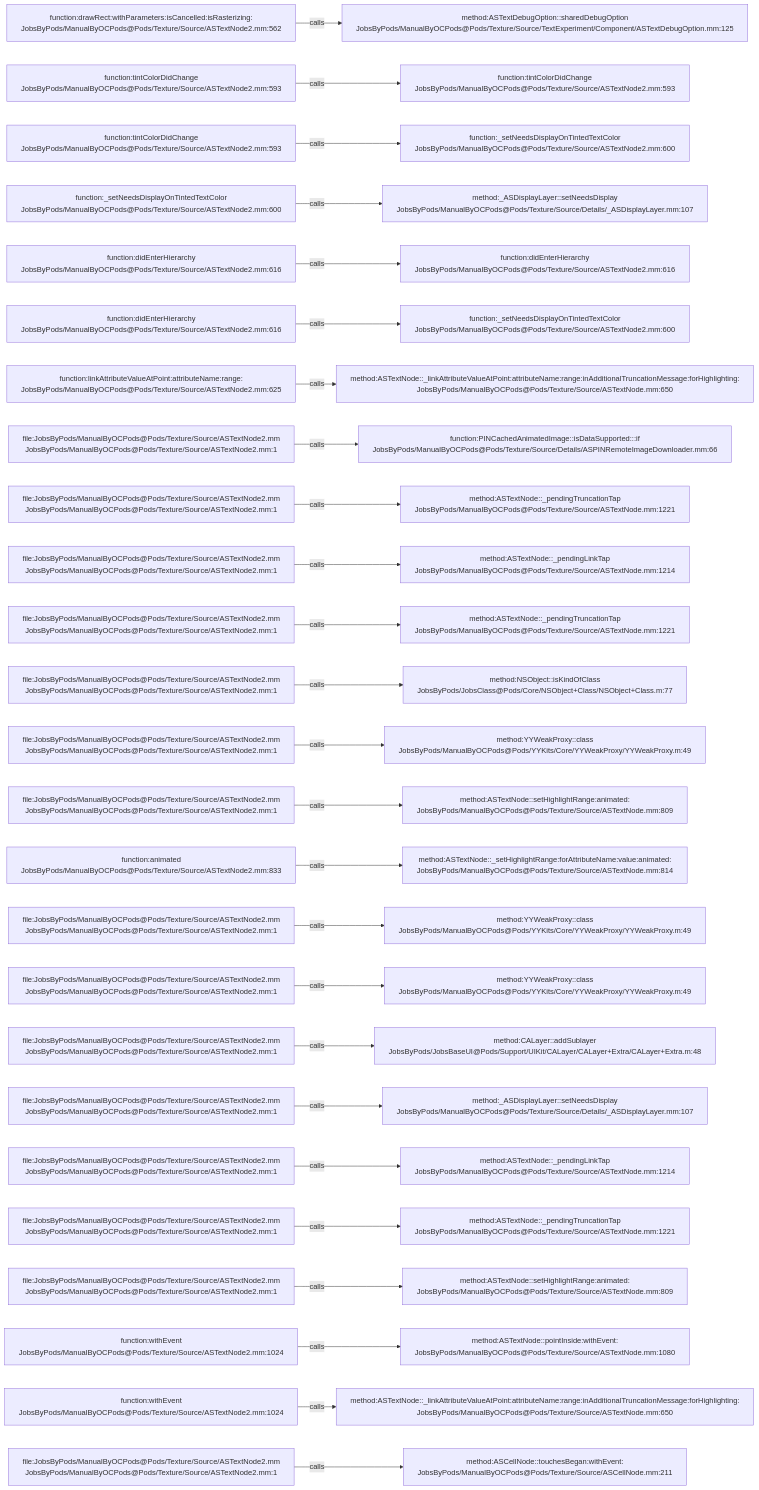
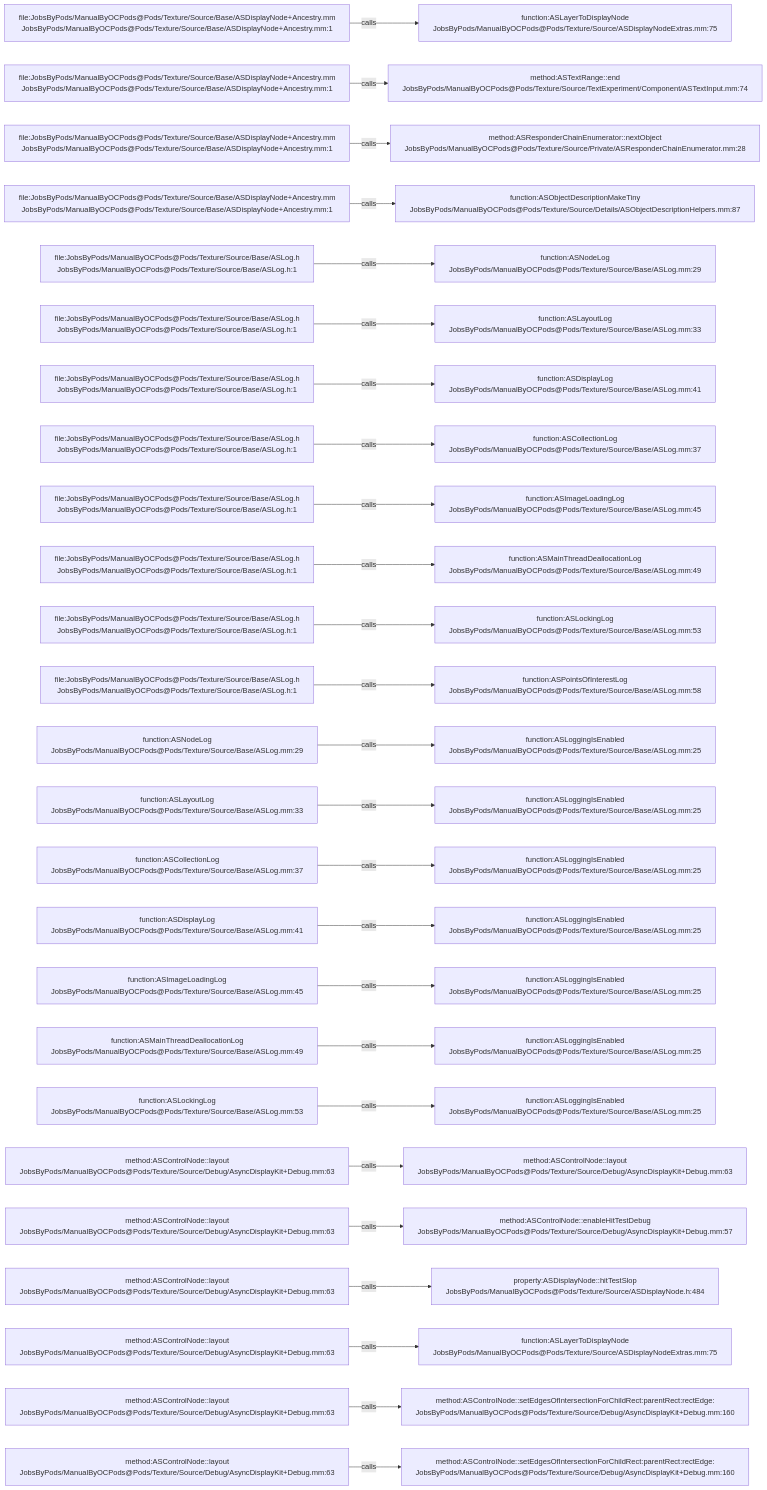
One commit to JobsKits/JobsOCBaseConfigDemo changed the diagram in .codegraph/codegraph.md/graphs/calls-132.md. Above: the diagram before and after it, drawn with Mermaid. The commit also changed 2723 other files, not shown here.

````diff
--- a/.codegraph/codegraph.md/graphs/calls-132.md
+++ b/.codegraph/codegraph.md/graphs/calls-132.md
@@ -13,78 +13,78 @@
 ```mermaid
 flowchart LR
-  S1["function:drawRect:withParameters:isCancelled:isRasterizing:<br/>JobsByPods/ManualByOCPods@Pods/Texture/Source/ASTextNode2.mm:562"]
-  T1["method:ASTextDebugOption::sharedDebugOption<br/>JobsByPods/ManualByOCPods@Pods/Texture/Source/TextExperiment/Component/ASTextDebugOption.mm:125"]
+  S1["file:JobsByPods/ManualByOCPods@Pods/Texture/Source/Base/ASDisplayNode+Ancestry.mm<br/>JobsByPods/ManualByOCPods@Pods/Texture/Source/Base/ASDisplayNode+Ancestry.mm:1"]
+  T1["function:ASLayerToDisplayNode<br/>JobsByPods/ManualByOCPods@Pods/Texture/Source/ASDisplayNodeExtras.mm:75"]
   S1 -->|calls| T1
-  S2["function:tintColorDidChange<br/>JobsByPods/ManualByOCPods@Pods/Texture/Source/ASTextNode2.mm:593"]
-  T2["function:tintColorDidChange<br/>JobsByPods/ManualByOCPods@Pods/Texture/Source/ASTextNode2.mm:593"]
+  S2["file:JobsByPods/ManualByOCPods@Pods/Texture/Source/Base/ASDisplayNode+Ancestry.mm<br/>JobsByPods/ManualByOCPods@Pods/Texture/Source/Base/ASDisplayNode+Ancestry.mm:1"]
+  T2["method:ASTextRange::end<br/>JobsByPods/ManualByOCPods@Pods/Texture/Source/TextExperiment/Component/ASTextInput.mm:74"]
   S2 -->|calls| T2
-  S3["function:tintColorDidChange<br/>JobsByPods/ManualByOCPods@Pods/Texture/Source/ASTextNode2.mm:593"]
-  T3["function:_setNeedsDisplayOnTintedTextColor<br/>JobsByPods/ManualByOCPods@Pods/Texture/Source/ASTextNode2.mm:600"]
+  S3["file:JobsByPods/ManualByOCPods@Pods/Texture/Source/Base/ASDisplayNode+Ancestry.mm<br/>JobsByPods/ManualByOCPods@Pods/Texture/Source/Base/ASDisplayNode+Ancestry.mm:1"]
+  T3["method:ASResponderChainEnumerator::nextObject<br/>JobsByPods/ManualByOCPods@Pods/Texture/Source/Private/ASResponderChainEnumerator.mm:28"]
   S3 -->|calls| T3
-  S4["function:_setNeedsDisplayOnTintedTextColor<br/>JobsByPods/ManualByOCPods@Pods/Texture/Source/ASTextNode2.mm:600"]
-  T4["method:_ASDisplayLayer::setNeedsDisplay<br/>JobsByPods/ManualByOCPods@Pods/Texture/Source/Details/_ASDisplayLayer.mm:107"]
+  S4["file:JobsByPods/ManualByOCPods@Pods/Texture/Source/Base/ASDisplayNode+Ancestry.mm<br/>JobsByPods/ManualByOCPods@Pods/Texture/Source/Base/ASDisplayNode+Ancestry.mm:1"]
+  T4["function:ASObjectDescriptionMakeTiny<br/>JobsByPods/ManualByOCPods@Pods/Texture/Source/Details/ASObjectDescriptionHelpers.mm:87"]
   S4 -->|calls| T4
-  S5["function:didEnterHierarchy<br/>JobsByPods/ManualByOCPods@Pods/Texture/Source/ASTextNode2.mm:616"]
-  T5["function:didEnterHierarchy<br/>JobsByPods/ManualByOCPods@Pods/Texture/Source/ASTextNode2.mm:616"]
+  S5["file:JobsByPods/ManualByOCPods@Pods/Texture/Source/Base/ASLog.h<br/>JobsByPods/ManualByOCPods@Pods/Texture/Source/Base/ASLog.h:1"]
+  T5["function:ASNodeLog<br/>JobsByPods/ManualByOCPods@Pods/Texture/Source/Base/ASLog.mm:29"]
   S5 -->|calls| T5
-  S6["function:didEnterHierarchy<br/>JobsByPods/ManualByOCPods@Pods/Texture/Source/ASTextNode2.mm:616"]
-  T6["function:_setNeedsDisplayOnTintedTextColor<br/>JobsByPods/ManualByOCPods@Pods/Texture/Source/ASTextNode2.mm:600"]
+  S6["file:JobsByPods/ManualByOCPods@Pods/Texture/Source/Base/ASLog.h<br/>JobsByPods/ManualByOCPods@Pods/Texture/Source/Base/ASLog.h:1"]
+  T6["function:ASLayoutLog<br/>JobsByPods/ManualByOCPods@Pods/Texture/Source/Base/ASLog.mm:33"]
   S6 -->|calls| T6
-  S7["function:linkAttributeValueAtPoint:attributeName:range:<br/>JobsByPods/ManualByOCPods@Pods/Texture/Source/ASTextNode2.mm:625"]
-  T7["method:ASTextNode::_linkAttributeValueAtPoint:attributeName:range:inAdditionalTruncationMessage:forHighlighting:<br/>JobsByPods/ManualByOCPods@Pods/Texture/Source/ASTextNode.mm:650"]
+  S7["file:JobsByPods/ManualByOCPods@Pods/Texture/Source/Base/ASLog.h<br/>JobsByPods/ManualByOCPods@Pods/Texture/Source/Base/ASLog.h:1"]
+  T7["function:ASDisplayLog<br/>JobsByPods/ManualByOCPods@Pods/Texture/Source/Base/ASLog.mm:41"]
   S7 -->|calls| T7
-  S8["file:JobsByPods/ManualByOCPods@Pods/Texture/Source/ASTextNode2.mm<br/>JobsByPods/ManualByOCPods@Pods/Texture/Source/ASTextNode2.mm:1"]
-  T8["function:PINCachedAnimatedImage::isDataSupported:::if<br/>JobsByPods/ManualByOCPods@Pods/Texture/Source/Details/ASPINRemoteImageDownloader.mm:66"]
+  S8["file:JobsByPods/ManualByOCPods@Pods/Texture/Source/Base/ASLog.h<br/>JobsByPods/ManualByOCPods@Pods/Texture/Source/Base/ASLog.h:1"]
+  T8["function:ASCollectionLog<br/>JobsByPods/ManualByOCPods@Pods/Texture/Source/Base/ASLog.mm:37"]
   S8 -->|calls| T8
-  S9["file:JobsByPods/ManualByOCPods@Pods/Texture/Source/ASTextNode2.mm<br/>JobsByPods/ManualByOCPods@Pods/Texture/Source/ASTextNode2.mm:1"]
-  T9["method:ASTextNode::_pendingTruncationTap<br/>JobsByPods/ManualByOCPods@Pods/Texture/Source/ASTextNode.mm:1221"]
+  S9["file:JobsByPods/ManualByOCPods@Pods/Texture/Source/Base/ASLog.h<br/>JobsByPods/ManualByOCPods@Pods/Texture/Source/Base/ASLog.h:1"]
+  T9["function:ASImageLoadingLog<br/>JobsByPods/ManualByOCPods@Pods/Texture/Source/Base/ASLog.mm:45"]
   S9 -->|calls| T9
-  S10["file:JobsByPods/ManualByOCPods@Pods/Texture/Source/ASTextNode2.mm<br/>JobsByPods/ManualByOCPods@Pods/Texture/Source/ASTextNode2.mm:1"]
-  T10["method:ASTextNode::_pendingLinkTap<br/>JobsByPods/ManualByOCPods@Pods/Texture/Source/ASTextNode.mm:1214"]
+  S10["file:JobsByPods/ManualByOCPods@Pods/Texture/Source/Base/ASLog.h<br/>JobsByPods/ManualByOCPods@Pods/Texture/Source/Base/ASLog.h:1"]
+  T10["function:ASMainThreadDeallocationLog<br/>JobsByPods/ManualByOCPods@Pods/Texture/Source/Base/ASLog.mm:49"]
   S10 -->|calls| T10
-  S11["file:JobsByPods/ManualByOCPods@Pods/Texture/Source/ASTextNode2.mm<br/>JobsByPods/ManualByOCPods@Pods/Texture/Source/ASTextNode2.mm:1"]
-  T11["method:ASTextNode::_pendingTruncationTap<br/>JobsByPods/ManualByOCPods@Pods/Texture/Source/ASTextNode.mm:1221"]
+  S11["file:JobsByPods/ManualByOCPods@Pods/Texture/Source/Base/ASLog.h<br/>JobsByPods/ManualByOCPods@Pods/Texture/Source/Base/ASLog.h:1"]
+  T11["function:ASLockingLog<br/>JobsByPods/ManualByOCPods@Pods/Texture/Source/Base/ASLog.mm:53"]
   S11 -->|calls| T11
-  S12["file:JobsByPods/ManualByOCPods@Pods/Texture/Source/ASTextNode2.mm<br/>JobsByPods/ManualByOCPods@Pods/Texture/Source/ASTextNode2.mm:1"]
-  T12["method:NSObject::isKindOfClass<br/>JobsByPods/JobsClass@Pods/Core/NSObject+Class/NSObject+Class.m:77"]
+  S12["file:JobsByPods/ManualByOCPods@Pods/Texture/Source/Base/ASLog.h<br/>JobsByPods/ManualByOCPods@Pods/Texture/Source/Base/ASLog.h:1"]
+  T12["function:ASPointsOfInterestLog<br/>JobsByPods/ManualByOCPods@Pods/Texture/Source/Base/ASLog.mm:58"]
   S12 -->|calls| T12
-  S13["file:JobsByPods/ManualByOCPods@Pods/Texture/Source/ASTextNode2.mm<br/>JobsByPods/ManualByOCPods@Pods/Texture/Source/ASTextNode2.mm:1"]
-  T13["method:YYWeakProxy::class<br/>JobsByPods/ManualByOCPods@Pods/YYKits/Core/YYWeakProxy/YYWeakProxy.m:49"]
+  S13["function:ASNodeLog<br/>JobsByPods/ManualByOCPods@Pods/Texture/Source/Base/ASLog.mm:29"]
+  T13["function:ASLoggingIsEnabled<br/>JobsByPods/ManualByOCPods@Pods/Texture/Source/Base/ASLog.mm:25"]
   S13 -->|calls| T13
-  S14["file:JobsByPods/ManualByOCPods@Pods/Texture/Source/ASTextNode2.mm<br/>JobsByPods/ManualByOCPods@Pods/Texture/Source/ASTextNode2.mm:1"]
-  T14["method:ASTextNode::setHighlightRange:animated:<br/>JobsByPods/ManualByOCPods@Pods/Texture/Source/ASTextNode.mm:809"]
+  S14["function:ASLayoutLog<br/>JobsByPods/ManualByOCPods@Pods/Texture/Source/Base/ASLog.mm:33"]
+  T14["function:ASLoggingIsEnabled<br/>JobsByPods/ManualByOCPods@Pods/Texture/Source/Base/ASLog.mm:25"]
   S14 -->|calls| T14
-  S15["function:animated<br/>JobsByPods/ManualByOCPods@Pods/Texture/Source/ASTextNode2.mm:833"]
-  T15["method:ASTextNode::_setHighlightRange:forAttributeName:value:animated:<br/>JobsByPods/ManualByOCPods@Pods/Texture/Source/ASTextNode.mm:814"]
+  S15["function:ASCollectionLog<br/>JobsByPods/ManualByOCPods@Pods/Texture/Source/Base/ASLog.mm:37"]
+  T15["function:ASLoggingIsEnabled<br/>JobsByPods/ManualByOCPods@Pods/Texture/Source/Base/ASLog.mm:25"]
   S15 -->|calls| T15
-  S16["file:JobsByPods/ManualByOCPods@Pods/Texture/Source/ASTextNode2.mm<br/>JobsByPods/ManualByOCPods@Pods/Texture/Source/ASTextNode2.mm:1"]
-  T16["method:YYWeakProxy::class<br/>JobsByPods/ManualByOCPods@Pods/YYKits/Core/YYWeakProxy/YYWeakProxy.m:49"]
+  S16["function:ASDisplayLog<br/>JobsByPods/ManualByOCPods@Pods/Texture/Source/Base/ASLog.mm:41"]
+  T16["function:ASLoggingIsEnabled<br/>JobsByPods/ManualByOCPods@Pods/Texture/Source/Base/ASLog.mm:25"]
   S16 -->|calls| T16
-  S17["file:JobsByPods/ManualByOCPods@Pods/Texture/Source/ASTextNode2.mm<br/>JobsByPods/ManualByOCPods@Pods/Texture/Source/ASTextNode2.mm:1"]
-  T17["method:YYWeakProxy::class<br/>JobsByPods/ManualByOCPods@Pods/YYKits/Core/YYWeakProxy/YYWeakProxy.m:49"]
+  S17["function:ASImageLoadingLog<br/>JobsByPods/ManualByOCPods@Pods/Texture/Source/Base/ASLog.mm:45"]
+  T17["function:ASLoggingIsEnabled<br/>JobsByPods/ManualByOCPods@Pods/Texture/Source/Base/ASLog.mm:25"]
   S17 -->|calls| T17
-  S18["file:JobsByPods/ManualByOCPods@Pods/Texture/Source/ASTextNode2.mm<br/>JobsByPods/ManualByOCPods@Pods/Texture/Source/ASTextNode2.mm:1"]
-  T18["method:CALayer::addSublayer<br/>JobsByPods/JobsBaseUI@Pods/Support/UIKit/CALayer/CALayer+Extra/CALayer+Extra.m:48"]
+  S18["function:ASMainThreadDeallocationLog<br/>JobsByPods/ManualByOCPods@Pods/Texture/Source/Base/ASLog.mm:49"]
+  T18["function:ASLoggingIsEnabled<br/>JobsByPods/ManualByOCPods@Pods/Texture/Source/Base/ASLog.mm:25"]
   S18 -->|calls| T18
-  S19["file:JobsByPods/ManualByOCPods@Pods/Texture/Source/ASTextNode2.mm<br/>JobsByPods/ManualByOCPods@Pods/Texture/Source/ASTextNode2.mm:1"]
-  T19["method:_ASDisplayLayer::setNeedsDisplay<br/>JobsByPods/ManualByOCPods@Pods/Texture/Source/Details/_ASDisplayLayer.mm:107"]
+  S19["function:ASLockingLog<br/>JobsByPods/ManualByOCPods@Pods/Texture/Source/Base/ASLog.mm:53"]
+  T19["function:ASLoggingIsEnabled<br/>JobsByPods/ManualByOCPods@Pods/Texture/Source/Base/ASLog.mm:25"]
   S19 -->|calls| T19
-  S20["file:JobsByPods/ManualByOCPods@Pods/Texture/Source/ASTextNode2.mm<br/>JobsByPods/ManualByOCPods@Pods/Texture/Source/ASTextNode2.mm:1"]
-  T20["method:ASTextNode::_pendingLinkTap<br/>JobsByPods/ManualByOCPods@Pods/Texture/Source/ASTextNode.mm:1214"]
+  S20["method:ASControlNode::layout<br/>JobsByPods/ManualByOCPods@Pods/Texture/Source/Debug/AsyncDisplayKit+Debug.mm:63"]
+  T20["method:ASControlNode::layout<br/>JobsByPods/ManualByOCPods@Pods/Texture/Source/Debug/AsyncDisplayKit+Debug.mm:63"]
   S20 -->|calls| T20
-  S21["file:JobsByPods/ManualByOCPods@Pods/Texture/Source/ASTextNode2.mm<br/>JobsByPods/ManualByOCPods@Pods/Texture/Source/ASTextNode2.mm:1"]
-  T21["method:ASTextNode::_pendingTruncationTap<br/>JobsByPods/ManualByOCPods@Pods/Texture/Source/ASTextNode.mm:1221"]
+  S21["method:ASControlNode::layout<br/>JobsByPods/ManualByOCPods@Pods/Texture/Source/Debug/AsyncDisplayKit+Debug.mm:63"]
+  T21["method:ASControlNode::enableHitTestDebug<br/>JobsByPods/ManualByOCPods@Pods/Texture/Source/Debug/AsyncDisplayKit+Debug.mm:57"]
   S21 -->|calls| T21
-  S22["file:JobsByPods/ManualByOCPods@Pods/Texture/Source/ASTextNode2.mm<br/>JobsByPods/ManualByOCPods@Pods/Texture/Source/ASTextNode2.mm:1"]
-  T22["method:ASTextNode::setHighlightRange:animated:<br/>JobsByPods/ManualByOCPods@Pods/Texture/Source/ASTextNode.mm:809"]
+  S22["method:ASControlNode::layout<br/>JobsByPods/ManualByOCPods@Pods/Texture/Source/Debug/AsyncDisplayKit+Debug.mm:63"]
+  T22["property:ASDisplayNode::hitTestSlop<br/>JobsByPods/ManualByOCPods@Pods/Texture/Source/ASDisplayNode.h:484"]
   S22 -->|calls| T22
-  S23["function:withEvent<br/>JobsByPods/ManualByOCPods@Pods/Texture/Source/ASTextNode2.mm:1024"]
-  T23["method:ASTextNode::pointInside:withEvent:<br/>JobsByPods/ManualByOCPods@Pods/Texture/Source/ASTextNode.mm:1080"]
+  S23["method:ASControlNode::layout<br/>JobsByPods/ManualByOCPods@Pods/Texture/Source/Debug/AsyncDisplayKit+Debug.mm:63"]
+  T23["function:ASLayerToDisplayNode<br/>JobsByPods/ManualByOCPods@Pods/Texture/Source/ASDisplayNodeExtras.mm:75"]
   S23 -->|calls| T23
-  S24["function:withEvent<br/>JobsByPods/ManualByOCPods@Pods/Texture/Source/ASTextNode2.mm:1024"]
-  T24["method:ASTextNode::_linkAttributeValueAtPoint:attributeName:range:inAdditionalTruncationMessage:forHighlighting:<br/>JobsByPods/ManualByOCPods@Pods/Texture/Source/ASTextNode.mm:650"]
+  S24["method:ASControlNode::layout<br/>JobsByPods/ManualByOCPods@Pods/Texture/Source/Debug/AsyncDisplayKit+Debug.mm:63"]
+  T24["method:ASControlNode::setEdgesOfIntersectionForChildRect:parentRect:rectEdge:<br/>JobsByPods/ManualByOCPods@Pods/Texture/Source/Debug/AsyncDisplayKit+Debug.mm:160"]
   S24 -->|calls| T24
-  S25["file:JobsByPods/ManualByOCPods@Pods/Texture/Source/ASTextNode2.mm<br/>JobsByPods/ManualByOCPods@Pods/Texture/Source/ASTextNode2.mm:1"]
-  T25["method:ASCellNode::touchesBegan:withEvent:<br/>JobsByPods/ManualByOCPods@Pods/Texture/Source/ASCellNode.mm:211"]
+  S25["method:ASControlNode::layout<br/>JobsByPods/ManualByOCPods@Pods/Texture/Source/Debug/AsyncDisplayKit+Debug.mm:63"]
+  T25["method:ASControlNode::setEdgesOfIntersectionForChildRect:parentRect:rectEdge:<br/>JobsByPods/ManualByOCPods@Pods/Texture/Source/Debug/AsyncDisplayKit+Debug.mm:160"]
   S25 -->|calls| T25
 ```
````
